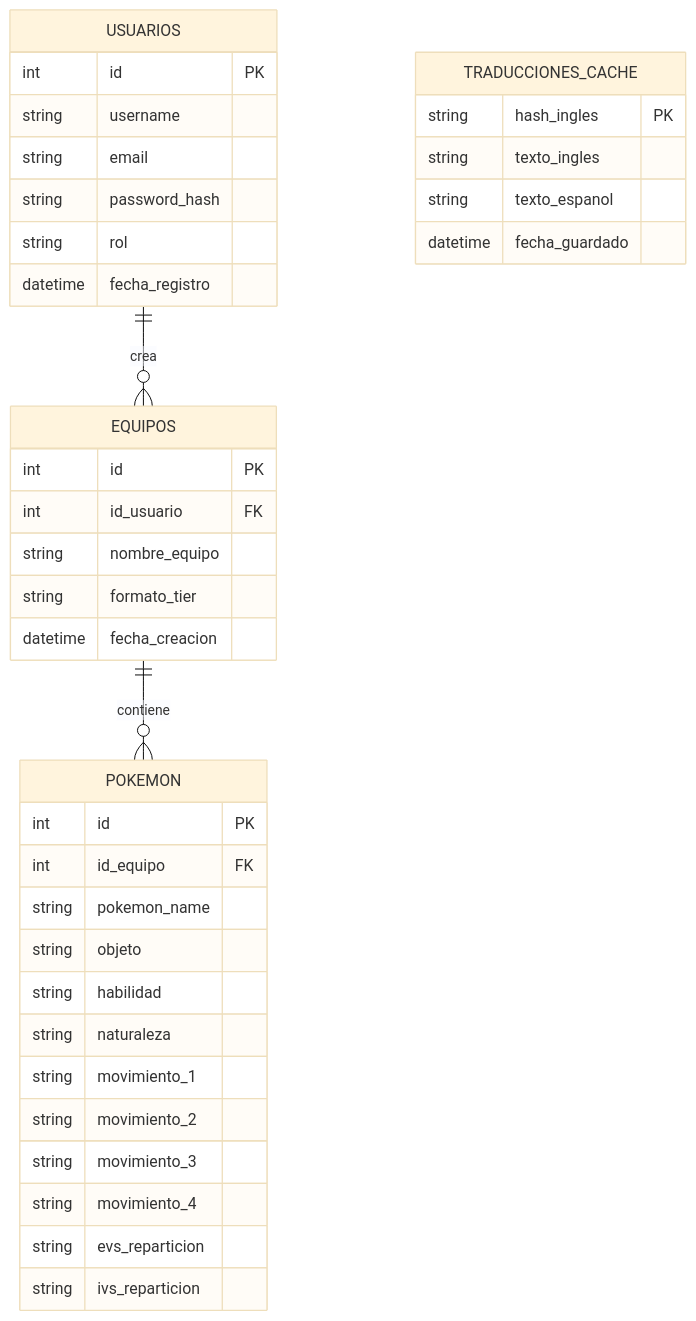
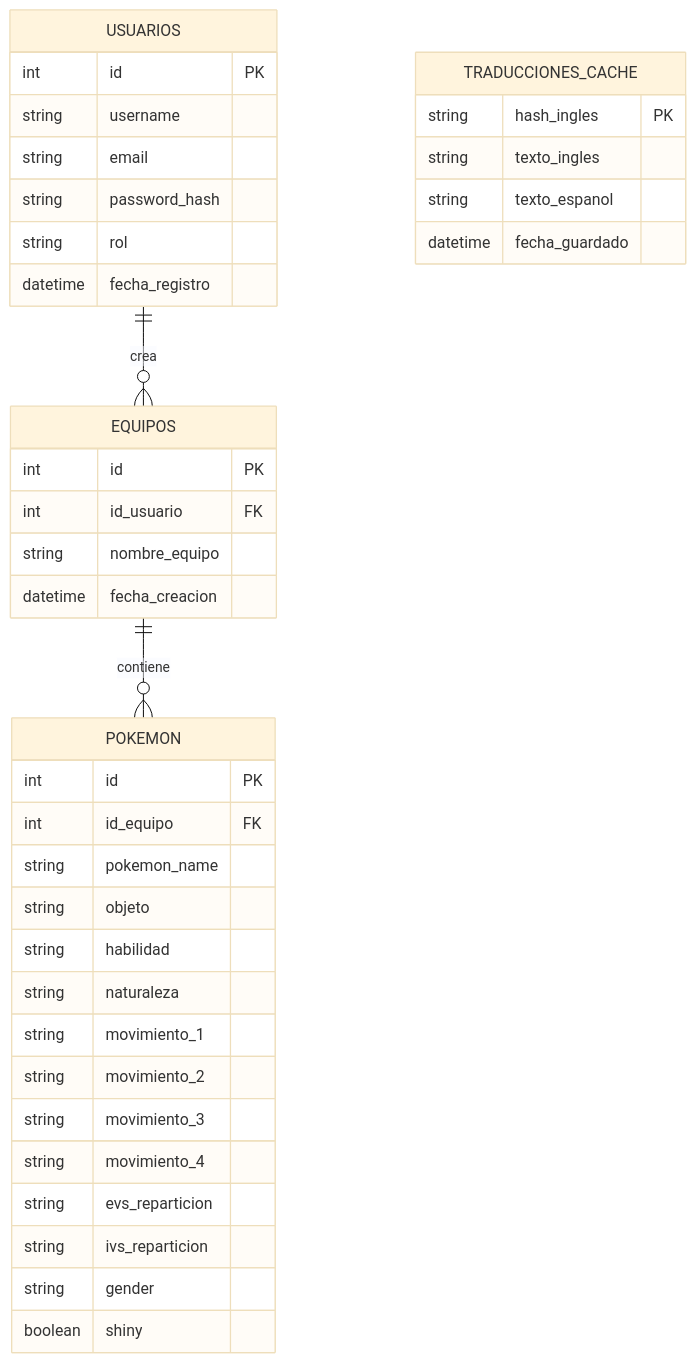
The diagram in docs/Entregable 2 - Diseño.md (ShinryuAspect/poke-teambuilder), drawn with Mermaid (base theme) before and after one commit. The commit also changed other lines of this file and 15 other files, not shown here.

````diff
--- a/docs/Entregable 2 - Diseño.md
+++ b/docs/Entregable 2 - Diseño.md
@@ -9,44 +9,45 @@
 ```mermaid
 erDiagram
     USUARIOS ||--o{ EQUIPOS : "crea"
     EQUIPOS ||--o{ POKEMON : "contiene"
-    
+
     USUARIOS {
         int id PK
         string username
         string email
         string password_hash
         string rol
         datetime fecha_registro
     }
 
     EQUIPOS {
         int id PK
         int id_usuario FK
         string nombre_equipo
-        string formato_tier
         datetime fecha_creacion
     }
 
     POKEMON {
         int id PK
         int id_equipo FK
         string pokemon_name
         string objeto
         string habilidad
         string naturaleza
         string movimiento_1
         string movimiento_2
         string movimiento_3
         string movimiento_4
         string evs_reparticion
         string ivs_reparticion
+        string gender
+        boolean shiny
     }
 
     TRADUCCIONES_CACHE {
         string hash_ingles PK
         string texto_ingles
         string texto_espanol
         datetime fecha_guardado
     }
 ```
````
